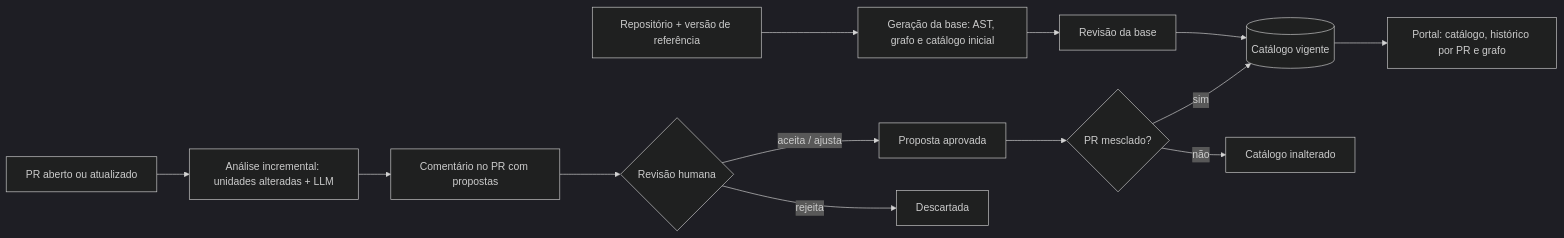
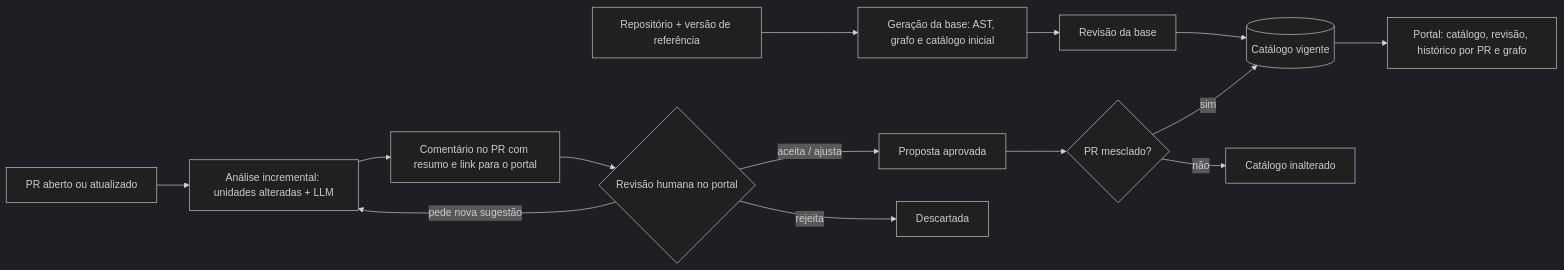
The diagram in docs/capitulo-3-revisado.md (marleypm16/tcc), drawn with Mermaid (dark theme) before and after one commit. The commit also changed other lines of this file and 7 other files, not shown here.

````diff
--- a/docs/capitulo-3-revisado.md
+++ b/docs/capitulo-3-revisado.md
@@ -98,15 +98,16 @@
   ```mermaid
   flowchart LR
       A[Repositório + versão de referência] --> B[Geração da base: AST, grafo e catálogo inicial]
       B --> C[Revisão da base]
       C --> D[(Catálogo vigente)]
       E[PR aberto ou atualizado] --> F[Análise incremental: unidades alteradas + LLM]
-      F --> G[Comentário no PR com propostas]
-      G --> H{Revisão humana}
+      F --> G[Comentário no PR com resumo e link para o portal]
+      G --> H{Revisão humana no portal}
       H -->|aceita / ajusta| I[Proposta aprovada]
       H -->|rejeita| J[Descartada]
+      H -->|pede nova sugestão| F
       I --> K{PR mesclado?}
       K -->|sim| D
       K -->|não| L[Catálogo inalterado]
-      D --> M[Portal: catálogo, histórico por PR e grafo]
+      D --> M[Portal: catálogo, revisão, histórico por PR e grafo]
   ```
````
